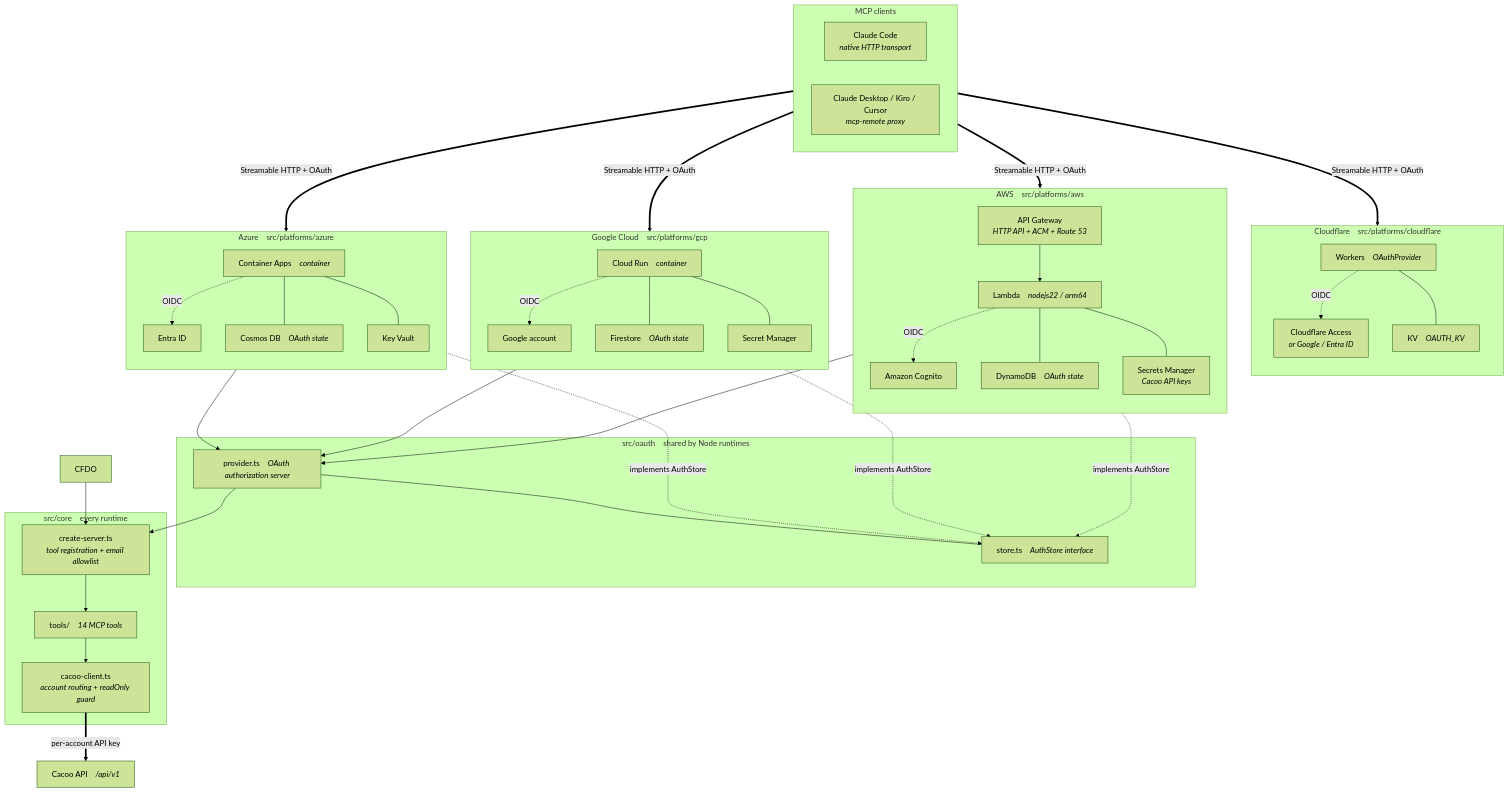
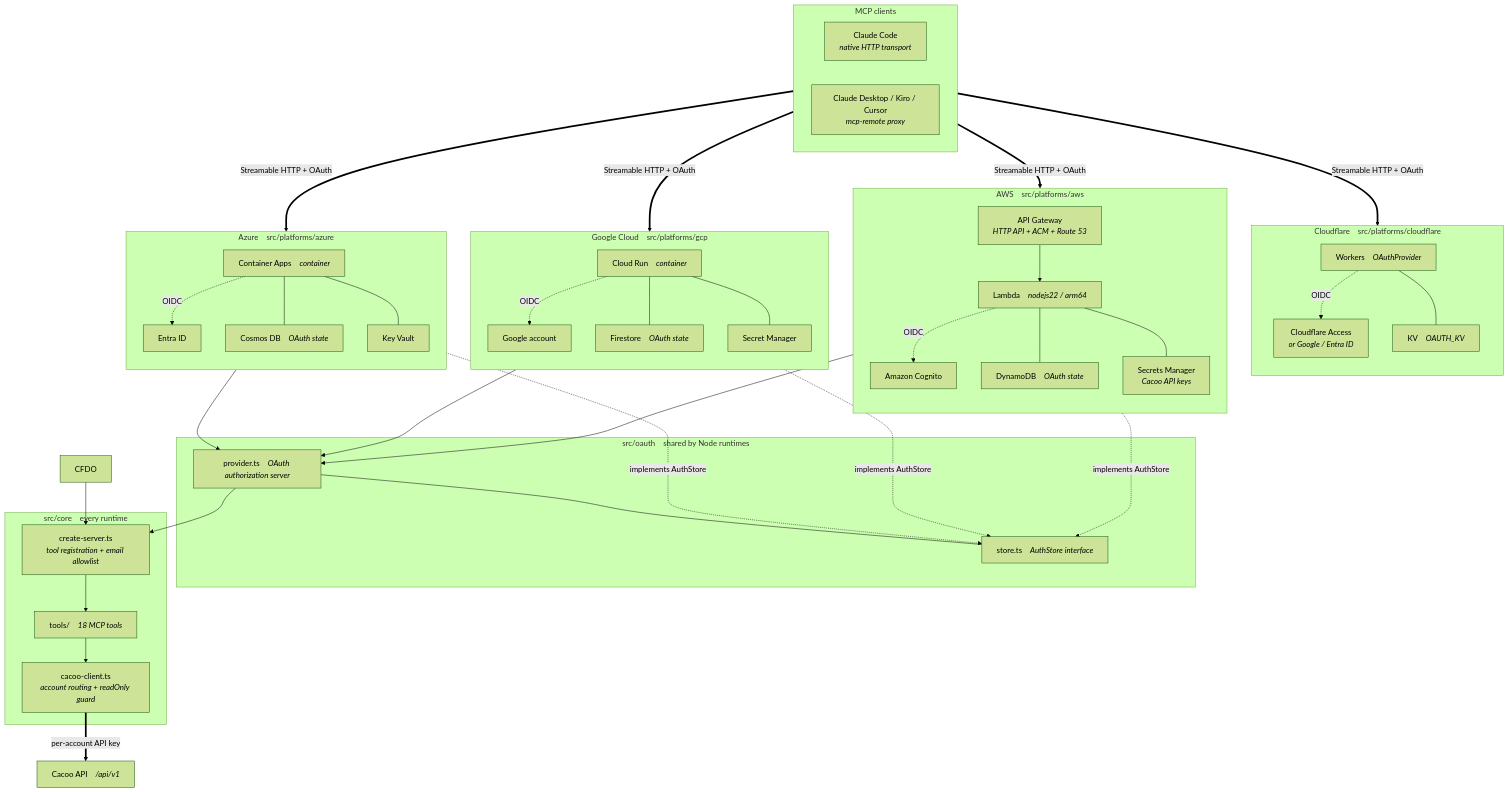
One commit to midnight480/cacoo-remote-mcp-server changed the first of 2 diagrams in README.md. Above: the diagram before and after it, drawn with Mermaid (forest theme). The commit also changed other lines of this file and 6 other files, not shown here.

```diff
--- a/README.md
+++ b/README.md
@@ -104,7 +104,7 @@
 
     subgraph shared["src/core &nbsp;&nbsp; every runtime"]
         CS["create-server.ts<br/><i>tool registration + email allowlist</i>"]
-        TOOLS["tools/ &nbsp;&nbsp; <i>14 MCP tools</i>"]
+        TOOLS["tools/ &nbsp;&nbsp; <i>18 MCP tools</i>"]
         BC["cacoo-client.ts<br/><i>account routing + readOnly guard</i>"]
         CS --> TOOLS --> BC
     end
```
